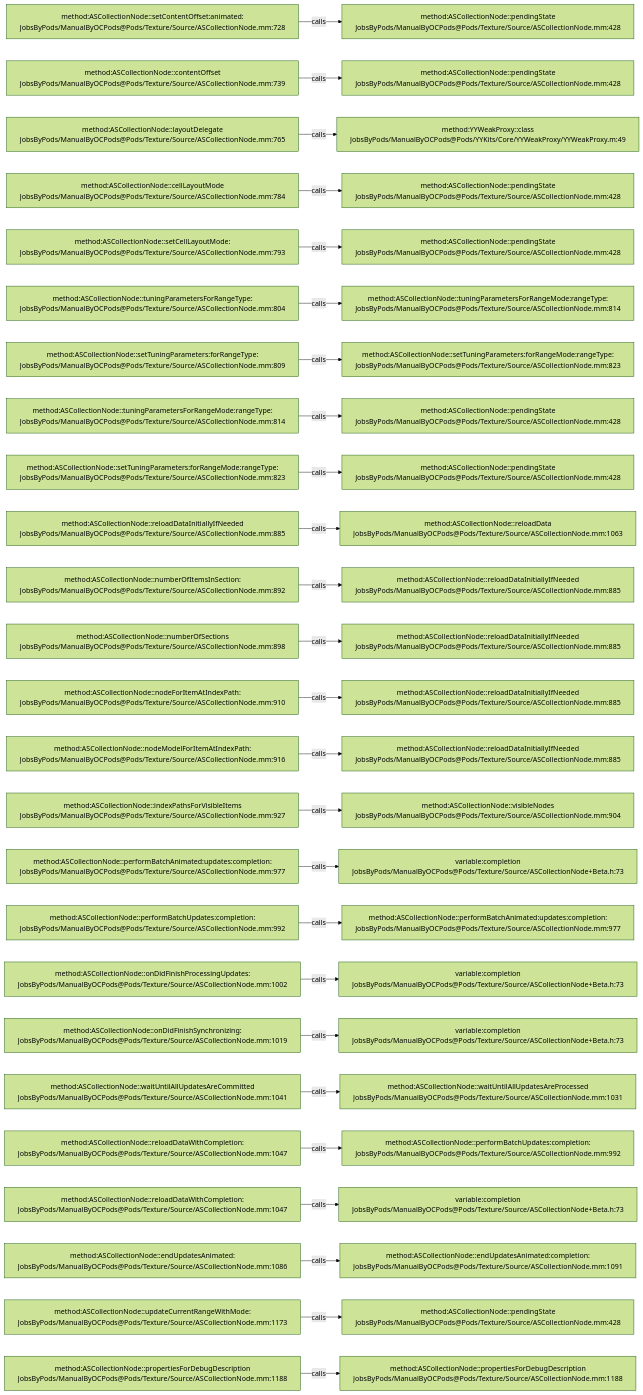
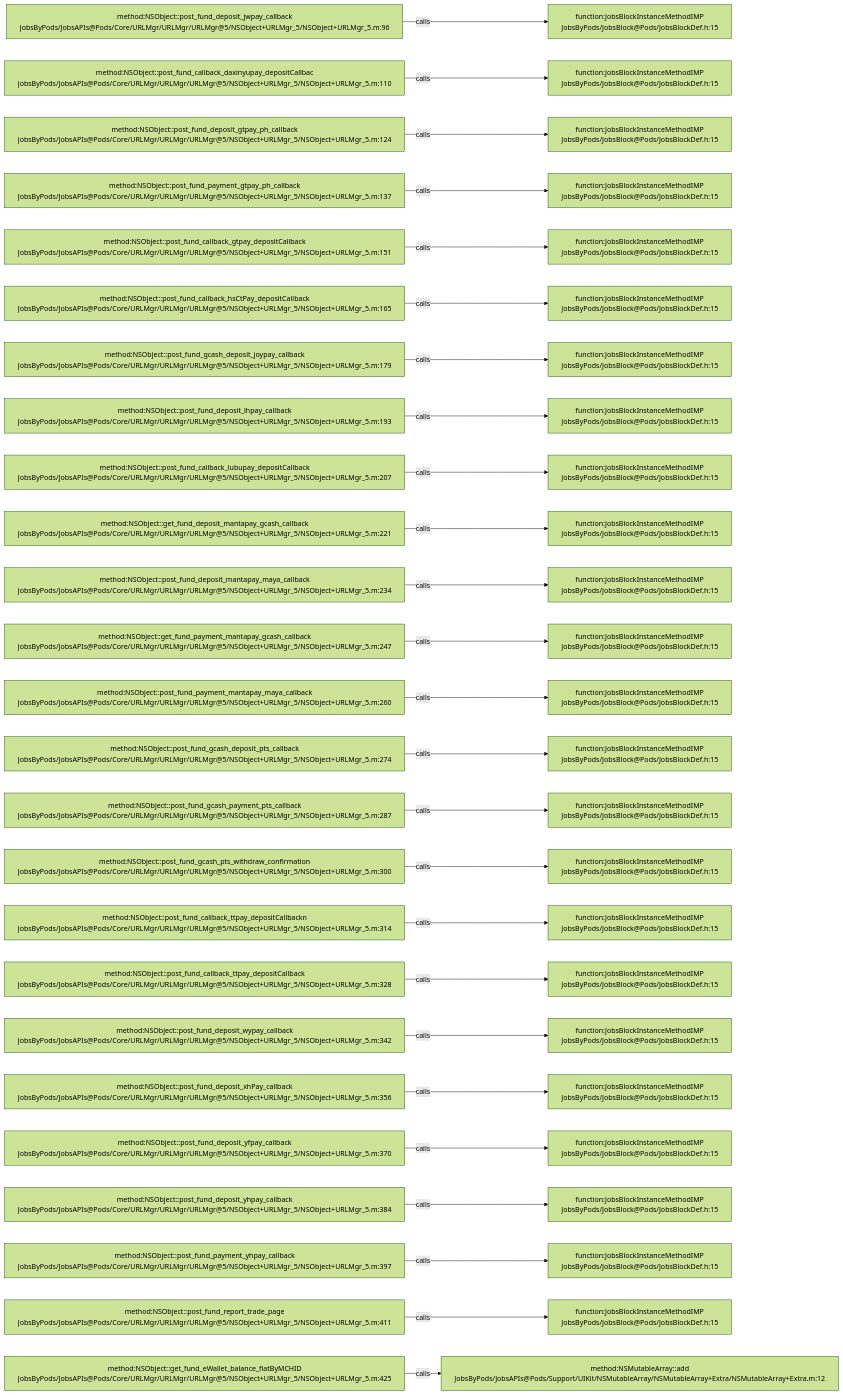
Before and after one commit to JobsKits/JobsOCBaseConfigDemo: the diagram in .codegraph/codegraph.md/graphs/calls-064.md, drawn with Mermaid (forest theme). The commit also changed 768 other files, not shown here.

````diff
--- a/.codegraph/codegraph.md/graphs/calls-064.md
+++ b/.codegraph/codegraph.md/graphs/calls-064.md
@@ -13,78 +13,78 @@
 ```mermaid
 flowchart LR
-  S1["method:ASCollectionNode::setContentOffset:animated:<br/>JobsByPods/ManualByOCPods@Pods/Texture/Source/ASCollectionNode.mm:728"]
-  T1["method:ASCollectionNode::pendingState<br/>JobsByPods/ManualByOCPods@Pods/Texture/Source/ASCollectionNode.mm:428"]
+  S1["method:NSObject::post_fund_deposit_jwpay_callback<br/>JobsByPods/JobsAPIs@Pods/Core/URLMgr/URLMgr/URLMgr@5/NSObject+URLMgr_5/NSObject+URLMgr_5.m:96"]
+  T1["function:JobsBlockInstanceMethodIMP<br/>JobsByPods/JobsBlock@Pods/JobsBlockDef.h:15"]
   S1 -->|calls| T1
-  S2["method:ASCollectionNode::contentOffset<br/>JobsByPods/ManualByOCPods@Pods/Texture/Source/ASCollectionNode.mm:739"]
-  T2["method:ASCollectionNode::pendingState<br/>JobsByPods/ManualByOCPods@Pods/Texture/Source/ASCollectionNode.mm:428"]
+  S2["method:NSObject::post_fund_callback_daxinyupay_depositCallbac<br/>JobsByPods/JobsAPIs@Pods/Core/URLMgr/URLMgr/URLMgr@5/NSObject+URLMgr_5/NSObject+URLMgr_5.m:110"]
+  T2["function:JobsBlockInstanceMethodIMP<br/>JobsByPods/JobsBlock@Pods/JobsBlockDef.h:15"]
   S2 -->|calls| T2
-  S3["method:ASCollectionNode::layoutDelegate<br/>JobsByPods/ManualByOCPods@Pods/Texture/Source/ASCollectionNode.mm:765"]
-  T3["method:YYWeakProxy::class<br/>JobsByPods/ManualByOCPods@Pods/YYKits/Core/YYWeakProxy/YYWeakProxy.m:49"]
+  S3["method:NSObject::post_fund_deposit_gtpay_ph_callback<br/>JobsByPods/JobsAPIs@Pods/Core/URLMgr/URLMgr/URLMgr@5/NSObject+URLMgr_5/NSObject+URLMgr_5.m:124"]
+  T3["function:JobsBlockInstanceMethodIMP<br/>JobsByPods/JobsBlock@Pods/JobsBlockDef.h:15"]
   S3 -->|calls| T3
-  S4["method:ASCollectionNode::cellLayoutMode<br/>JobsByPods/ManualByOCPods@Pods/Texture/Source/ASCollectionNode.mm:784"]
-  T4["method:ASCollectionNode::pendingState<br/>JobsByPods/ManualByOCPods@Pods/Texture/Source/ASCollectionNode.mm:428"]
+  S4["method:NSObject::post_fund_payment_gtpay_ph_callback<br/>JobsByPods/JobsAPIs@Pods/Core/URLMgr/URLMgr/URLMgr@5/NSObject+URLMgr_5/NSObject+URLMgr_5.m:137"]
+  T4["function:JobsBlockInstanceMethodIMP<br/>JobsByPods/JobsBlock@Pods/JobsBlockDef.h:15"]
   S4 -->|calls| T4
-  S5["method:ASCollectionNode::setCellLayoutMode:<br/>JobsByPods/ManualByOCPods@Pods/Texture/Source/ASCollectionNode.mm:793"]
-  T5["method:ASCollectionNode::pendingState<br/>JobsByPods/ManualByOCPods@Pods/Texture/Source/ASCollectionNode.mm:428"]
+  S5["method:NSObject::post_fund_callback_gtpay_depositCallback<br/>JobsByPods/JobsAPIs@Pods/Core/URLMgr/URLMgr/URLMgr@5/NSObject+URLMgr_5/NSObject+URLMgr_5.m:151"]
+  T5["function:JobsBlockInstanceMethodIMP<br/>JobsByPods/JobsBlock@Pods/JobsBlockDef.h:15"]
   S5 -->|calls| T5
-  S6["method:ASCollectionNode::tuningParametersForRangeType:<br/>JobsByPods/ManualByOCPods@Pods/Texture/Source/ASCollectionNode.mm:804"]
-  T6["method:ASCollectionNode::tuningParametersForRangeMode:rangeType:<br/>JobsByPods/ManualByOCPods@Pods/Texture/Source/ASCollectionNode.mm:814"]
+  S6["method:NSObject::post_fund_callback_hsCtPay_depositCallback<br/>JobsByPods/JobsAPIs@Pods/Core/URLMgr/URLMgr/URLMgr@5/NSObject+URLMgr_5/NSObject+URLMgr_5.m:165"]
+  T6["function:JobsBlockInstanceMethodIMP<br/>JobsByPods/JobsBlock@Pods/JobsBlockDef.h:15"]
   S6 -->|calls| T6
-  S7["method:ASCollectionNode::setTuningParameters:forRangeType:<br/>JobsByPods/ManualByOCPods@Pods/Texture/Source/ASCollectionNode.mm:809"]
-  T7["method:ASCollectionNode::setTuningParameters:forRangeMode:rangeType:<br/>JobsByPods/ManualByOCPods@Pods/Texture/Source/ASCollectionNode.mm:823"]
+  S7["method:NSObject::post_fund_gcash_deposit_joypay_callback<br/>JobsByPods/JobsAPIs@Pods/Core/URLMgr/URLMgr/URLMgr@5/NSObject+URLMgr_5/NSObject+URLMgr_5.m:179"]
+  T7["function:JobsBlockInstanceMethodIMP<br/>JobsByPods/JobsBlock@Pods/JobsBlockDef.h:15"]
   S7 -->|calls| T7
-  S8["method:ASCollectionNode::tuningParametersForRangeMode:rangeType:<br/>JobsByPods/ManualByOCPods@Pods/Texture/Source/ASCollectionNode.mm:814"]
-  T8["method:ASCollectionNode::pendingState<br/>JobsByPods/ManualByOCPods@Pods/Texture/Source/ASCollectionNode.mm:428"]
+  S8["method:NSObject::post_fund_deposit_lhpay_callback<br/>JobsByPods/JobsAPIs@Pods/Core/URLMgr/URLMgr/URLMgr@5/NSObject+URLMgr_5/NSObject+URLMgr_5.m:193"]
+  T8["function:JobsBlockInstanceMethodIMP<br/>JobsByPods/JobsBlock@Pods/JobsBlockDef.h:15"]
   S8 -->|calls| T8
-  S9["method:ASCollectionNode::setTuningParameters:forRangeMode:rangeType:<br/>JobsByPods/ManualByOCPods@Pods/Texture/Source/ASCollectionNode.mm:823"]
-  T9["method:ASCollectionNode::pendingState<br/>JobsByPods/ManualByOCPods@Pods/Texture/Source/ASCollectionNode.mm:428"]
+  S9["method:NSObject::post_fund_callback_lubupay_depositCallback<br/>JobsByPods/JobsAPIs@Pods/Core/URLMgr/URLMgr/URLMgr@5/NSObject+URLMgr_5/NSObject+URLMgr_5.m:207"]
+  T9["function:JobsBlockInstanceMethodIMP<br/>JobsByPods/JobsBlock@Pods/JobsBlockDef.h:15"]
   S9 -->|calls| T9
-  S10["method:ASCollectionNode::reloadDataInitiallyIfNeeded<br/>JobsByPods/ManualByOCPods@Pods/Texture/Source/ASCollectionNode.mm:885"]
-  T10["method:ASCollectionNode::reloadData<br/>JobsByPods/ManualByOCPods@Pods/Texture/Source/ASCollectionNode.mm:1063"]
+  S10["method:NSObject::get_fund_deposit_mantapay_gcash_callback<br/>JobsByPods/JobsAPIs@Pods/Core/URLMgr/URLMgr/URLMgr@5/NSObject+URLMgr_5/NSObject+URLMgr_5.m:221"]
+  T10["function:JobsBlockInstanceMethodIMP<br/>JobsByPods/JobsBlock@Pods/JobsBlockDef.h:15"]
   S10 -->|calls| T10
-  S11["method:ASCollectionNode::numberOfItemsInSection:<br/>JobsByPods/ManualByOCPods@Pods/Texture/Source/ASCollectionNode.mm:892"]
-  T11["method:ASCollectionNode::reloadDataInitiallyIfNeeded<br/>JobsByPods/ManualByOCPods@Pods/Texture/Source/ASCollectionNode.mm:885"]
+  S11["method:NSObject::post_fund_deposit_mantapay_maya_callback<br/>JobsByPods/JobsAPIs@Pods/Core/URLMgr/URLMgr/URLMgr@5/NSObject+URLMgr_5/NSObject+URLMgr_5.m:234"]
+  T11["function:JobsBlockInstanceMethodIMP<br/>JobsByPods/JobsBlock@Pods/JobsBlockDef.h:15"]
   S11 -->|calls| T11
-  S12["method:ASCollectionNode::numberOfSections<br/>JobsByPods/ManualByOCPods@Pods/Texture/Source/ASCollectionNode.mm:898"]
-  T12["method:ASCollectionNode::reloadDataInitiallyIfNeeded<br/>JobsByPods/ManualByOCPods@Pods/Texture/Source/ASCollectionNode.mm:885"]
+  S12["method:NSObject::get_fund_payment_mantapay_gcash_callback<br/>JobsByPods/JobsAPIs@Pods/Core/URLMgr/URLMgr/URLMgr@5/NSObject+URLMgr_5/NSObject+URLMgr_5.m:247"]
+  T12["function:JobsBlockInstanceMethodIMP<br/>JobsByPods/JobsBlock@Pods/JobsBlockDef.h:15"]
   S12 -->|calls| T12
-  S13["method:ASCollectionNode::nodeForItemAtIndexPath:<br/>JobsByPods/ManualByOCPods@Pods/Texture/Source/ASCollectionNode.mm:910"]
-  T13["method:ASCollectionNode::reloadDataInitiallyIfNeeded<br/>JobsByPods/ManualByOCPods@Pods/Texture/Source/ASCollectionNode.mm:885"]
+  S13["method:NSObject::post_fund_payment_mantapay_maya_callback<br/>JobsByPods/JobsAPIs@Pods/Core/URLMgr/URLMgr/URLMgr@5/NSObject+URLMgr_5/NSObject+URLMgr_5.m:260"]
+  T13["function:JobsBlockInstanceMethodIMP<br/>JobsByPods/JobsBlock@Pods/JobsBlockDef.h:15"]
   S13 -->|calls| T13
-  S14["method:ASCollectionNode::nodeModelForItemAtIndexPath:<br/>JobsByPods/ManualByOCPods@Pods/Texture/Source/ASCollectionNode.mm:916"]
-  T14["method:ASCollectionNode::reloadDataInitiallyIfNeeded<br/>JobsByPods/ManualByOCPods@Pods/Texture/Source/ASCollectionNode.mm:885"]
+  S14["method:NSObject::post_fund_gcash_deposit_pts_callback<br/>JobsByPods/JobsAPIs@Pods/Core/URLMgr/URLMgr/URLMgr@5/NSObject+URLMgr_5/NSObject+URLMgr_5.m:274"]
+  T14["function:JobsBlockInstanceMethodIMP<br/>JobsByPods/JobsBlock@Pods/JobsBlockDef.h:15"]
   S14 -->|calls| T14
-  S15["method:ASCollectionNode::indexPathsForVisibleItems<br/>JobsByPods/ManualByOCPods@Pods/Texture/Source/ASCollectionNode.mm:927"]
-  T15["method:ASCollectionNode::visibleNodes<br/>JobsByPods/ManualByOCPods@Pods/Texture/Source/ASCollectionNode.mm:904"]
+  S15["method:NSObject::post_fund_gcash_payment_pts_callback<br/>JobsByPods/JobsAPIs@Pods/Core/URLMgr/URLMgr/URLMgr@5/NSObject+URLMgr_5/NSObject+URLMgr_5.m:287"]
+  T15["function:JobsBlockInstanceMethodIMP<br/>JobsByPods/JobsBlock@Pods/JobsBlockDef.h:15"]
   S15 -->|calls| T15
-  S16["method:ASCollectionNode::performBatchAnimated:updates:completion:<br/>JobsByPods/ManualByOCPods@Pods/Texture/Source/ASCollectionNode.mm:977"]
-  T16["variable:completion<br/>JobsByPods/ManualByOCPods@Pods/Texture/Source/ASCollectionNode+Beta.h:73"]
+  S16["method:NSObject::post_fund_gcash_pts_withdraw_confirmation<br/>JobsByPods/JobsAPIs@Pods/Core/URLMgr/URLMgr/URLMgr@5/NSObject+URLMgr_5/NSObject+URLMgr_5.m:300"]
+  T16["function:JobsBlockInstanceMethodIMP<br/>JobsByPods/JobsBlock@Pods/JobsBlockDef.h:15"]
   S16 -->|calls| T16
-  S17["method:ASCollectionNode::performBatchUpdates:completion:<br/>JobsByPods/ManualByOCPods@Pods/Texture/Source/ASCollectionNode.mm:992"]
-  T17["method:ASCollectionNode::performBatchAnimated:updates:completion:<br/>JobsByPods/ManualByOCPods@Pods/Texture/Source/ASCollectionNode.mm:977"]
+  S17["method:NSObject::post_fund_callback_ttpay_depositCallbackn<br/>JobsByPods/JobsAPIs@Pods/Core/URLMgr/URLMgr/URLMgr@5/NSObject+URLMgr_5/NSObject+URLMgr_5.m:314"]
+  T17["function:JobsBlockInstanceMethodIMP<br/>JobsByPods/JobsBlock@Pods/JobsBlockDef.h:15"]
   S17 -->|calls| T17
-  S18["method:ASCollectionNode::onDidFinishProcessingUpdates:<br/>JobsByPods/ManualByOCPods@Pods/Texture/Source/ASCollectionNode.mm:1002"]
-  T18["variable:completion<br/>JobsByPods/ManualByOCPods@Pods/Texture/Source/ASCollectionNode+Beta.h:73"]
+  S18["method:NSObject::post_fund_callback_ttpay_depositCallback<br/>JobsByPods/JobsAPIs@Pods/Core/URLMgr/URLMgr/URLMgr@5/NSObject+URLMgr_5/NSObject+URLMgr_5.m:328"]
+  T18["function:JobsBlockInstanceMethodIMP<br/>JobsByPods/JobsBlock@Pods/JobsBlockDef.h:15"]
   S18 -->|calls| T18
-  S19["method:ASCollectionNode::onDidFinishSynchronizing:<br/>JobsByPods/ManualByOCPods@Pods/Texture/Source/ASCollectionNode.mm:1019"]
-  T19["variable:completion<br/>JobsByPods/ManualByOCPods@Pods/Texture/Source/ASCollectionNode+Beta.h:73"]
+  S19["method:NSObject::post_fund_deposit_wypay_callback<br/>JobsByPods/JobsAPIs@Pods/Core/URLMgr/URLMgr/URLMgr@5/NSObject+URLMgr_5/NSObject+URLMgr_5.m:342"]
+  T19["function:JobsBlockInstanceMethodIMP<br/>JobsByPods/JobsBlock@Pods/JobsBlockDef.h:15"]
   S19 -->|calls| T19
-  S20["method:ASCollectionNode::waitUntilAllUpdatesAreCommitted<br/>JobsByPods/ManualByOCPods@Pods/Texture/Source/ASCollectionNode.mm:1041"]
-  T20["method:ASCollectionNode::waitUntilAllUpdatesAreProcessed<br/>JobsByPods/ManualByOCPods@Pods/Texture/Source/ASCollectionNode.mm:1031"]
+  S20["method:NSObject::post_fund_deposit_xhPay_callback<br/>JobsByPods/JobsAPIs@Pods/Core/URLMgr/URLMgr/URLMgr@5/NSObject+URLMgr_5/NSObject+URLMgr_5.m:356"]
+  T20["function:JobsBlockInstanceMethodIMP<br/>JobsByPods/JobsBlock@Pods/JobsBlockDef.h:15"]
   S20 -->|calls| T20
-  S21["method:ASCollectionNode::reloadDataWithCompletion:<br/>JobsByPods/ManualByOCPods@Pods/Texture/Source/ASCollectionNode.mm:1047"]
-  T21["method:ASCollectionNode::performBatchUpdates:completion:<br/>JobsByPods/ManualByOCPods@Pods/Texture/Source/ASCollectionNode.mm:992"]
+  S21["method:NSObject::post_fund_deposit_yfpay_callback<br/>JobsByPods/JobsAPIs@Pods/Core/URLMgr/URLMgr/URLMgr@5/NSObject+URLMgr_5/NSObject+URLMgr_5.m:370"]
+  T21["function:JobsBlockInstanceMethodIMP<br/>JobsByPods/JobsBlock@Pods/JobsBlockDef.h:15"]
   S21 -->|calls| T21
-  S22["method:ASCollectionNode::reloadDataWithCompletion:<br/>JobsByPods/ManualByOCPods@Pods/Texture/Source/ASCollectionNode.mm:1047"]
-  T22["variable:completion<br/>JobsByPods/ManualByOCPods@Pods/Texture/Source/ASCollectionNode+Beta.h:73"]
+  S22["method:NSObject::post_fund_deposit_yhpay_callback<br/>JobsByPods/JobsAPIs@Pods/Core/URLMgr/URLMgr/URLMgr@5/NSObject+URLMgr_5/NSObject+URLMgr_5.m:384"]
+  T22["function:JobsBlockInstanceMethodIMP<br/>JobsByPods/JobsBlock@Pods/JobsBlockDef.h:15"]
   S22 -->|calls| T22
-  S23["method:ASCollectionNode::endUpdatesAnimated:<br/>JobsByPods/ManualByOCPods@Pods/Texture/Source/ASCollectionNode.mm:1086"]
-  T23["method:ASCollectionNode::endUpdatesAnimated:completion:<br/>JobsByPods/ManualByOCPods@Pods/Texture/Source/ASCollectionNode.mm:1091"]
+  S23["method:NSObject::post_fund_payment_yhpay_callback<br/>JobsByPods/JobsAPIs@Pods/Core/URLMgr/URLMgr/URLMgr@5/NSObject+URLMgr_5/NSObject+URLMgr_5.m:397"]
+  T23["function:JobsBlockInstanceMethodIMP<br/>JobsByPods/JobsBlock@Pods/JobsBlockDef.h:15"]
   S23 -->|calls| T23
-  S24["method:ASCollectionNode::updateCurrentRangeWithMode:<br/>JobsByPods/ManualByOCPods@Pods/Texture/Source/ASCollectionNode.mm:1173"]
-  T24["method:ASCollectionNode::pendingState<br/>JobsByPods/ManualByOCPods@Pods/Texture/Source/ASCollectionNode.mm:428"]
+  S24["method:NSObject::post_fund_report_trade_page<br/>JobsByPods/JobsAPIs@Pods/Core/URLMgr/URLMgr/URLMgr@5/NSObject+URLMgr_5/NSObject+URLMgr_5.m:411"]
+  T24["function:JobsBlockInstanceMethodIMP<br/>JobsByPods/JobsBlock@Pods/JobsBlockDef.h:15"]
   S24 -->|calls| T24
-  S25["method:ASCollectionNode::propertiesForDebugDescription<br/>JobsByPods/ManualByOCPods@Pods/Texture/Source/ASCollectionNode.mm:1188"]
-  T25["method:ASCollectionNode::propertiesForDebugDescription<br/>JobsByPods/ManualByOCPods@Pods/Texture/Source/ASCollectionNode.mm:1188"]
+  S25["method:NSObject::get_fund_eWallet_balance_fiatByMCHID<br/>JobsByPods/JobsAPIs@Pods/Core/URLMgr/URLMgr/URLMgr@5/NSObject+URLMgr_5/NSObject+URLMgr_5.m:425"]
+  T25["method:NSMutableArray::add<br/>JobsByPods/JobsAPIs@Pods/Support/UIKit/NSMutableArray/NSMutableArray+Extra/NSMutableArray+Extra.m:12"]
   S25 -->|calls| T25
 ```
````
